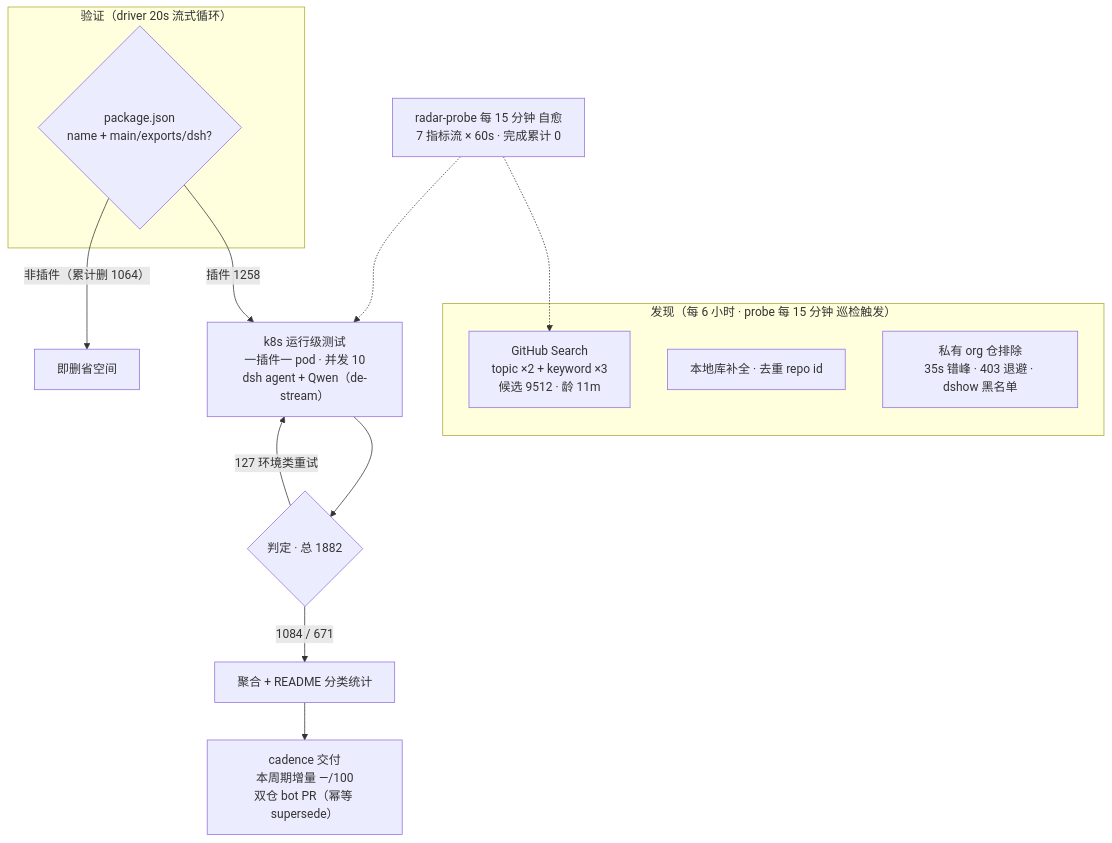
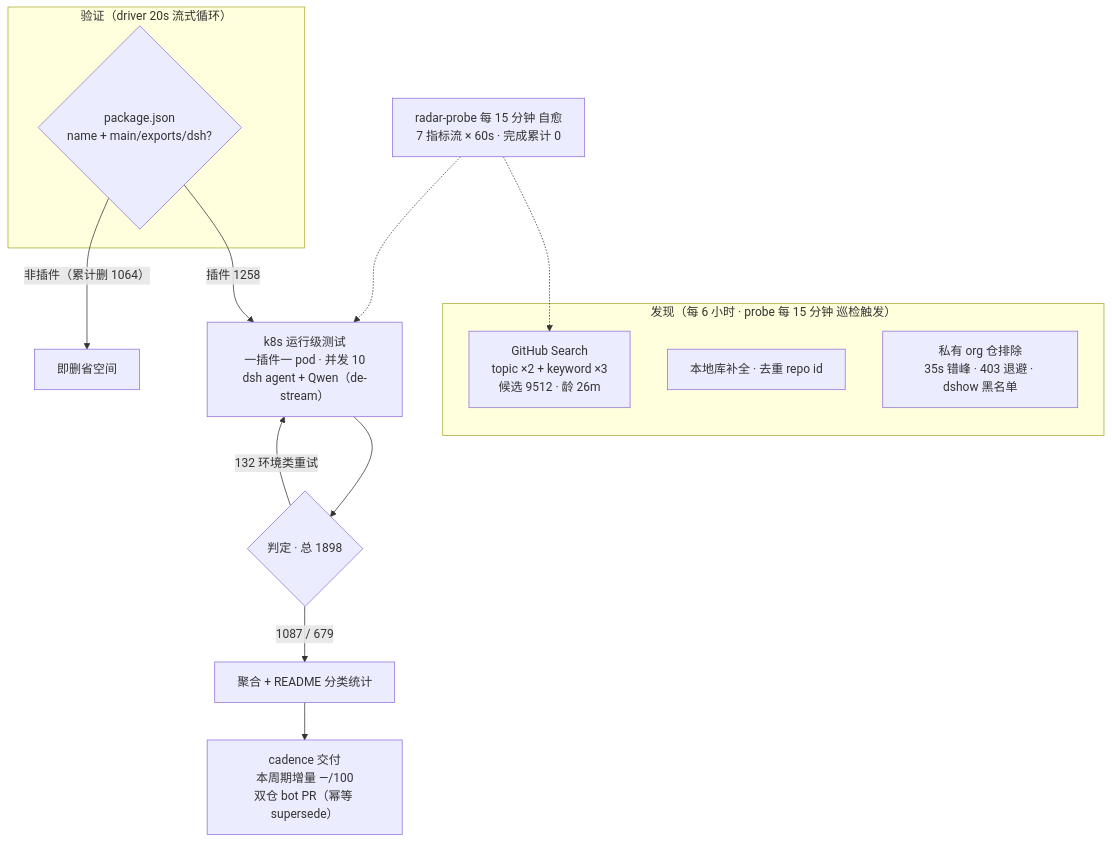
The diagram in README.md (Zhidao-Lab-OSS/awesome-dsh-plugins), drawn with Mermaid before and after one commit. The commit also changed other lines of this file and 1 other file, not shown here.

````diff
--- a/README.md
+++ b/README.md
@@ -37,19 +37,19 @@
 ```mermaid
 flowchart TB
     subgraph Discovery[" 发现（每 6 小时 · probe 每 15 分钟 巡检触发）"]
-        A1["GitHub Search<br/>topic ×2 + keyword ×3<br/>候选 9512 · 龄 11m"]
+        A1["GitHub Search<br/>topic ×2 + keyword ×3<br/>候选 9512 · 龄 26m"]
         A2["本地库补全 · 去重 repo id"]
         A3[" 私有 org 仓排除<br/>35s 错峰 · 403 退避 · dshow 黑名单"]
     end
     subgraph Validation[" 验证（driver 20s 流式循环）"]
         B1{"package.json<br/>name + main/exports/dsh?"}
     end
     B1 -->|"插件 1258"| C1["k8s 运行级测试<br/>一插件一 pod · 并发 10<br/>dsh agent + Qwen（de-stream）"]
     B1 -->|"非插件（累计删 1064）"| B3[" 即删省空间"]
-    C1 --> D1{"判定 · 总 1882"}
-    D1 -->|" 1084 /  671"| E1["聚合 + README 分类统计"]
-    D1 -->|" 127 环境类重试"| C1
+    C1 --> D1{"判定 · 总 1898"}
+    D1 -->|" 1087 /  679"| E1["聚合 + README 分类统计"]
+    D1 -->|" 132 环境类重试"| C1
     E1 --> E2["cadence 交付<br/>本周期增量 —/100<br/>双仓 bot PR（幂等 supersede）"]
     M[" radar-probe 每 15 分钟 自愈<br/>7 指标流 × 60s · 完成累计 0"] -.-> A1
     M -.-> C1
 ```
````
